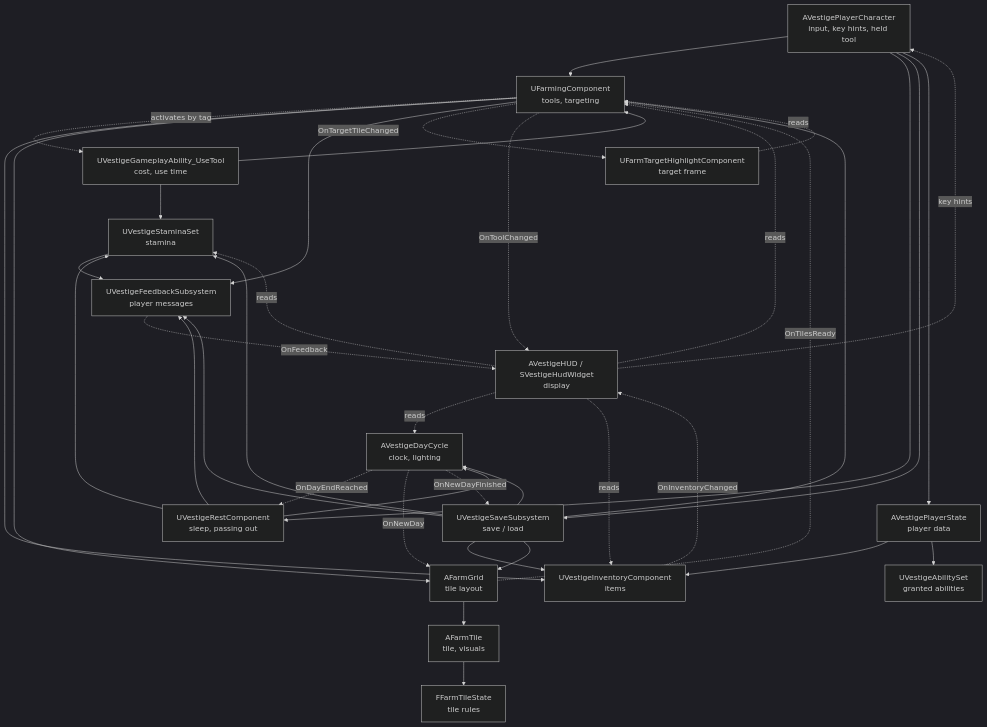
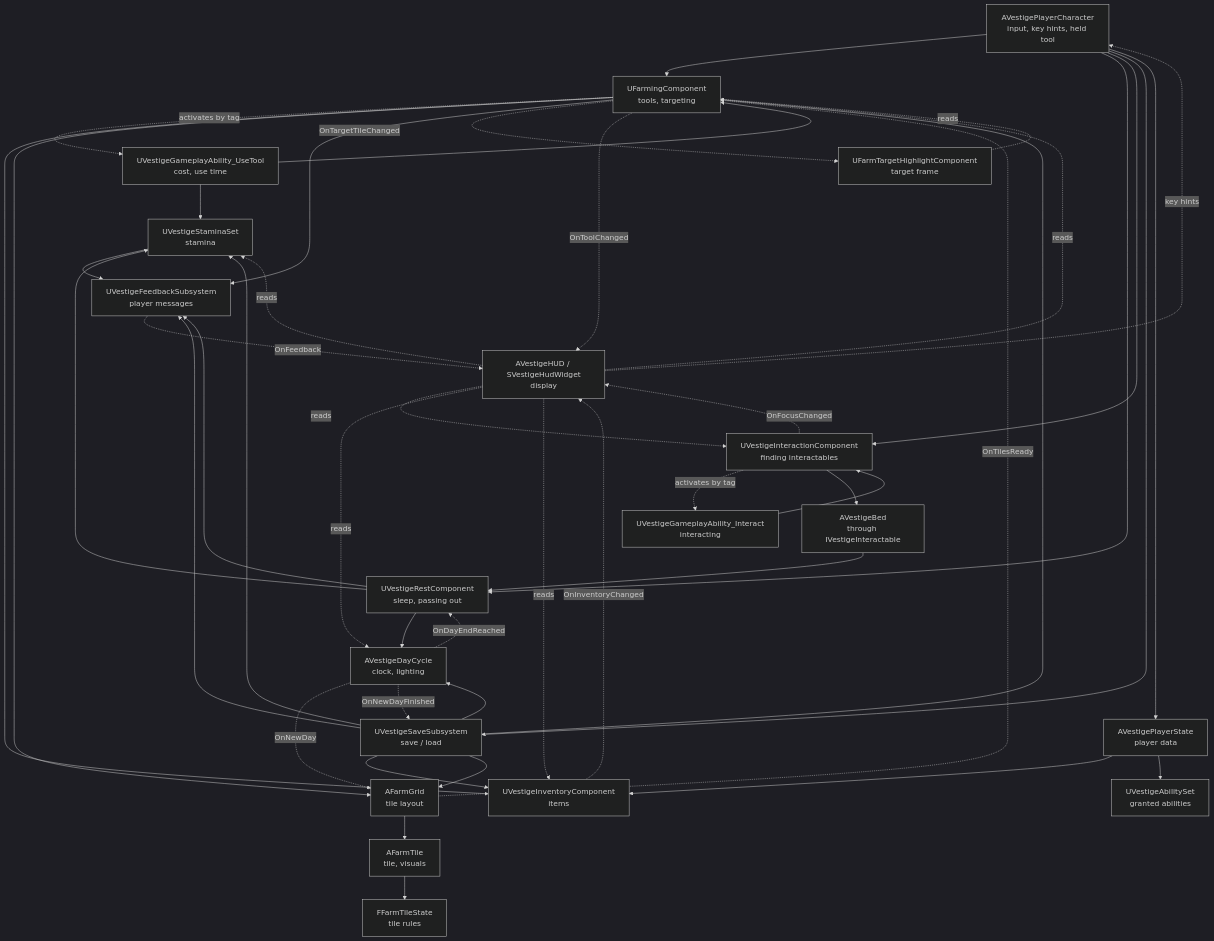
The first of 2 diagrams in Docs/Architecture.md (DunderGG/ProjectVestige), drawn with Mermaid (dark theme) before and after one commit. The commit also changed other lines of this file and 31 other files, not shown here.

````diff
--- a/Docs/Architecture.md
+++ b/Docs/Architecture.md
@@ -381,41 +386,48 @@
 ```mermaid
 flowchart TD
     Input[AVestigePlayerCharacter<br/>input, key hints, held tool] --> Farming[UFarmingComponent<br/>tools, targeting]
     Input --> Rest[UVestigeRestComponent<br/>sleep, passing out]
+    Input --> Interaction[UVestigeInteractionComponent<br/>finding interactables]
+    Interaction -. activates by tag .-> Interact[UVestigeGameplayAbility_Interact<br/>interacting]
+    Interact --> Interaction
+    Interaction --> Bed[AVestigeBed<br/>through IVestigeInteractable]
+    Bed --> Rest
+    HUD -.reads.-> Interaction
+    Interaction -. OnFocusChanged .-> HUD
     Input --> Save
     HUD[AVestigeHUD / SVestigeHudWidget<br/>display] -.reads.-> Farming
     HUD -.reads.-> DayCycle
     HUD -.key hints.-> Input
     HUD -.reads.-> Inventory
     Highlight[UFarmTargetHighlightComponent<br/>target frame] -.reads.-> Farming
     Save[UVestigeSaveSubsystem<br/>save / load] --> Farming
     Save --> Inventory
     Save --> Grid
     PlayerState[AVestigePlayerState<br/>player data] --> Inventory[UVestigeInventoryComponent<br/>items]
     PlayerState --> AbilitySet[UVestigeAbilitySet<br/>granted abilities]
     Input --> PlayerState
     Farming -. activates by tag .-> UseTool[UVestigeGameplayAbility_UseTool<br/>cost, use time]
     UseTool --> Farming
     UseTool --> Stamina[UVestigeStaminaSet<br/>stamina]
     Rest --> Stamina
     Save --> Stamina
     HUD -.reads.-> Stamina
     Stamina --> Feedback
     Farming --> Inventory
     Save --> DayCycle
     Farming --> Grid[AFarmGrid<br/>tile layout]
     Rest --> DayCycle[AVestigeDayCycle<br/>clock, lighting]
     Grid --> Tile[AFarmTile<br/>tile, visuals]
     Tile --> TileState[FFarmTileState<br/>tile rules]
     Farming --> Feedback[UVestigeFeedbackSubsystem<br/>player messages]
     Rest --> Feedback
     Save --> Feedback
     DayCycle -. OnDayEndReached .-> Rest
     DayCycle -. OnNewDay .-> Grid
     DayCycle -. OnNewDayFinished .-> Save
     Grid -. OnTilesReady .-> Farming
     Farming -. OnTargetTileChanged .-> Highlight
     Farming -. OnToolChanged .-> HUD
     Inventory -. OnInventoryChanged .-> HUD
     Feedback -. OnFeedback .-> HUD
 ```
````
